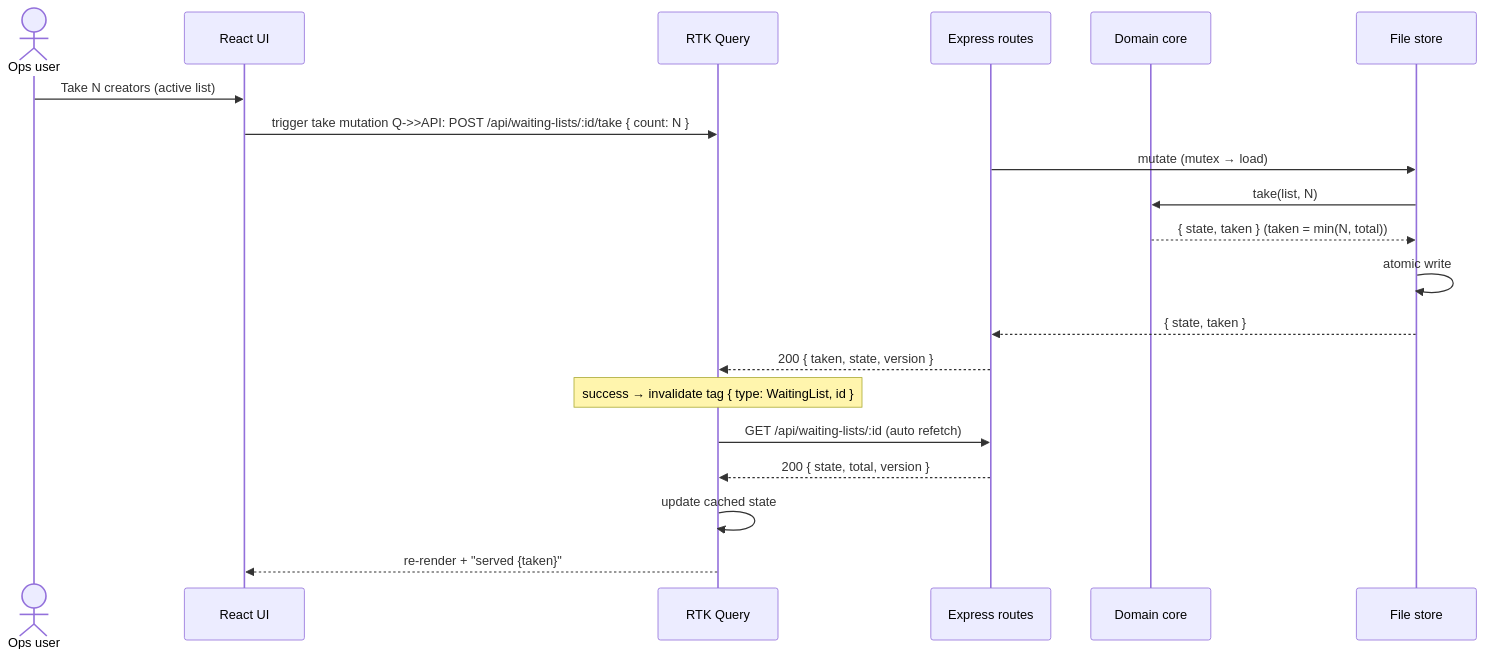
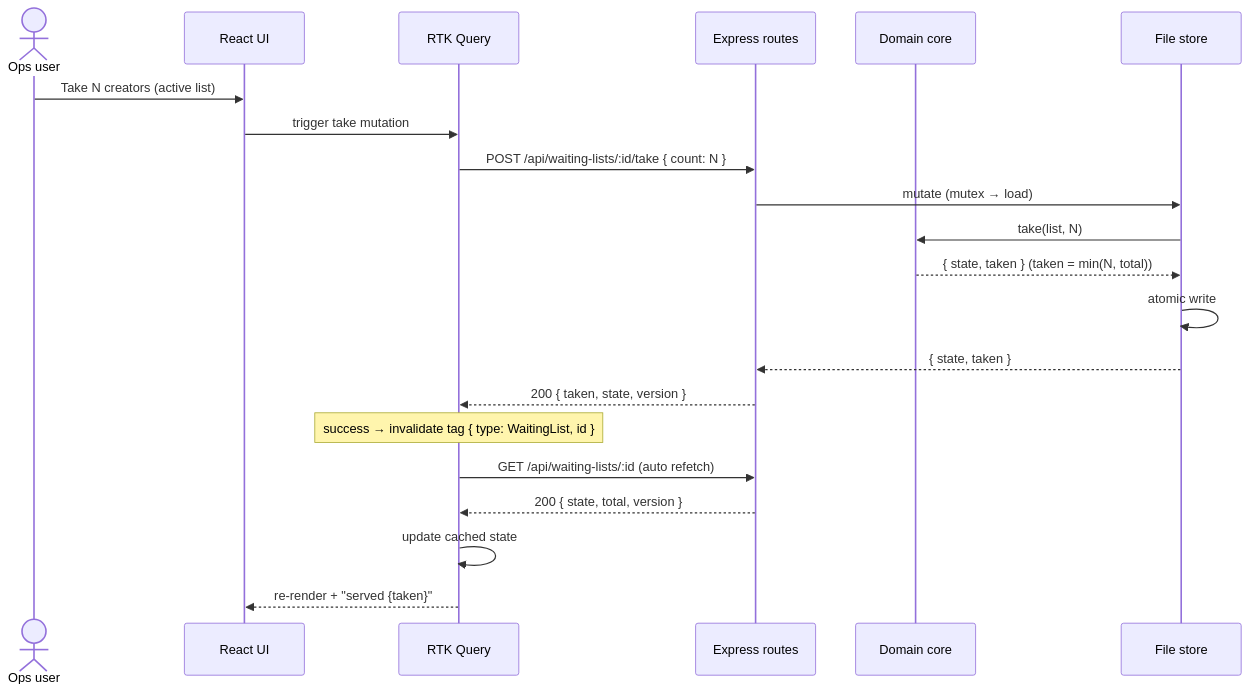
Before and after one commit to anch09/cohort-waiting-list: the third of 6 diagrams in docs/architecture.md, drawn with Mermaid. The commit also changed other lines of this file and 1 other file, not shown here.

Commit message:
docs: drop ai-usage doc (folded into README) and sync architecture with implementation

````diff
--- a/docs/architecture.md
+++ b/docs/architecture.md
@@ -101,23 +102,24 @@
 ```mermaid
 sequenceDiagram
   actor U as Ops user
   participant UI as React UI
   participant Q as RTK Query
   participant API as Express routes
   participant D as Domain core
   participant S as File store
 
   U->>UI: Take N creators (active list)
-  UI->>Q: trigger take mutation  Q->>API: POST /api/waiting-lists/:id/take { count: N }
+  UI->>Q: trigger take mutation
+  Q->>API: POST /api/waiting-lists/:id/take { count: N }
   API->>S: mutate (mutex → load)
   S->>D: take(list, N)
   D-->>S: { state, taken } (taken = min(N, total))
   S->>S: atomic write
   S-->>API: { state, taken }
   API-->>Q: 200 { taken, state, version }
   Note over Q: success → invalidate tag { type: WaitingList, id }
   Q->>API: GET /api/waiting-lists/:id  (auto refetch)
   API-->>Q: 200 { state, total, version }
   Q->>Q: update cached state
   Q-->>UI: re-render + "served {taken}"
 ```
````
